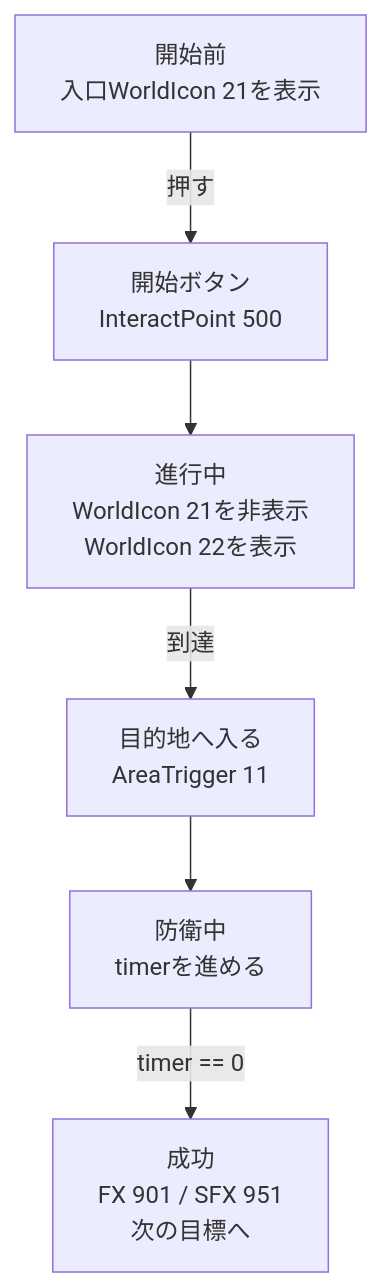
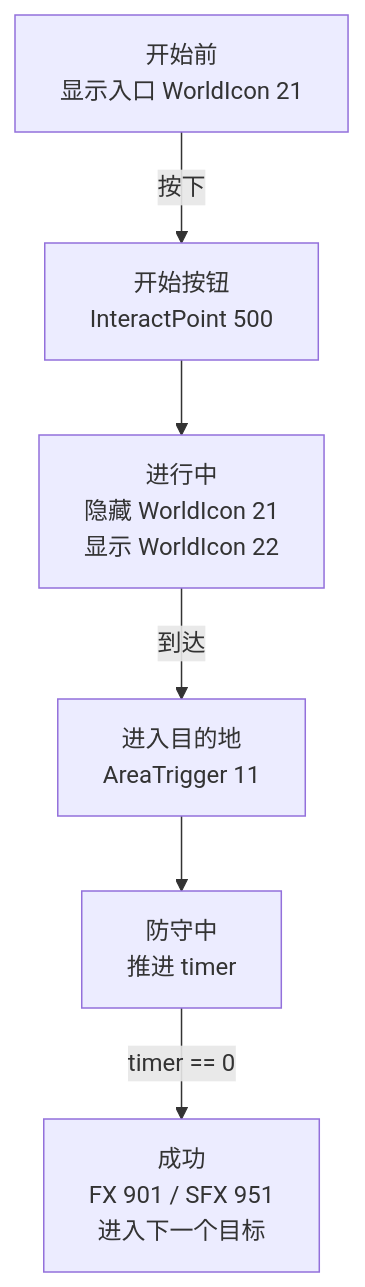
Before and after one commit to link1345/bf-portal-book: the second of 2 diagrams in content/locales/zh-CN/chapters/5-rule-editor.md, drawn with Mermaid. The commit also changed other lines of this file and 2 other files, not shown here.

````diff
--- a/content/locales/zh-CN/chapters/5-rule-editor.md
+++ b/content/locales/zh-CN/chapters/5-rule-editor.md
@@ -70,15 +70,15 @@
 ```mermaid
 flowchart TD
-  before["開始前<br/>入口WorldIcon 21を表示"]
-  start["開始ボタン<br/>InteractPoint 500"]
-  running["進行中<br/>WorldIcon 21を非表示<br/>WorldIcon 22を表示"]
-  arrive["目的地へ入る<br/>AreaTrigger 11"]
-  defend["防衛中<br/>timerを進める"]
-  success["成功<br/>FX 901 / SFX 951<br/>次の目標へ"]
+  before["开始前<br/>显示入口 WorldIcon 21"]
+  start["开始按钮<br/>InteractPoint 500"]
+  running["进行中<br/>隐藏 WorldIcon 21<br/>显示 WorldIcon 22"]
+  arrive["进入目的地<br/>AreaTrigger 11"]
+  defend["防守中<br/>推进 timer"]
+  success["成功<br/>FX 901 / SFX 951<br/>进入下一个目标"]
 
-  before -->|押す| start
+  before -->|按下| start
   start --> running
-  running -->|到達| arrive
+  running -->|到达| arrive
   arrive --> defend
   defend -->|timer == 0| success
 ```
````
